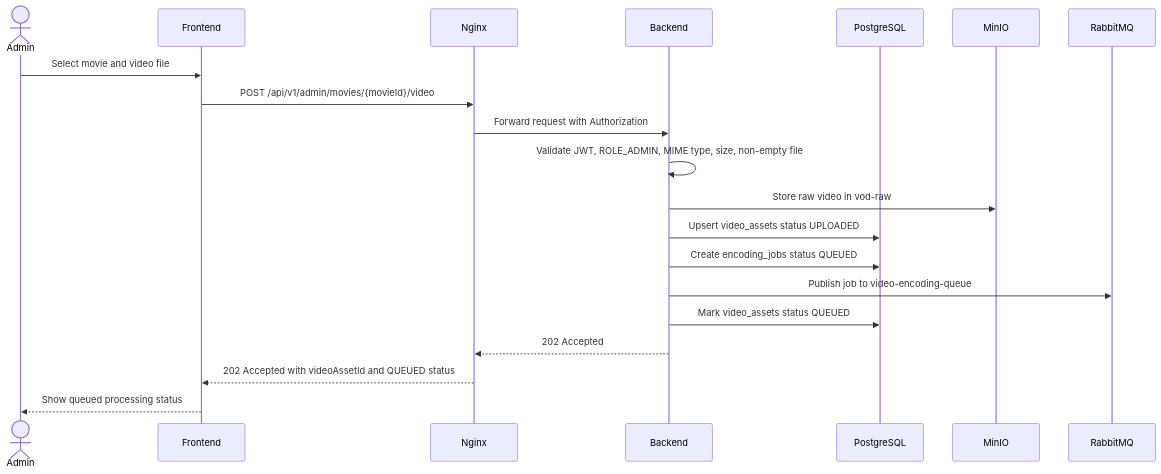
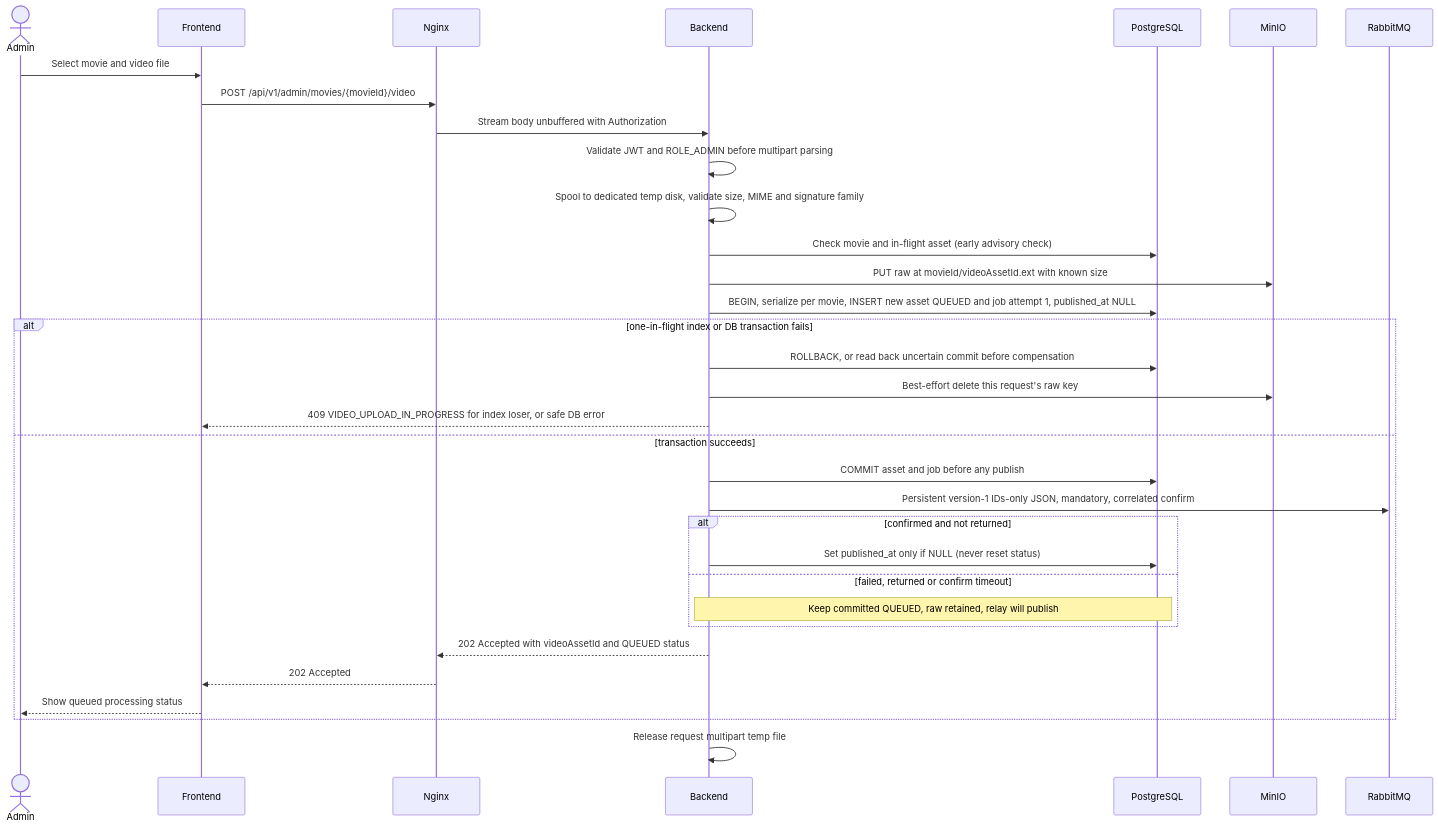
Before and after one commit to Duyphanb/Self-hosted-VoD-Platform: the first of 9 diagrams in docs/architecture/SEQUENCE-DIAGRAMS.md, drawn with Mermaid. The commit also changed other lines of this file and 21 other files, not shown here.

First line of the commit message:
docs(architecture): freeze sprint 4 upload and encoding design

````diff
--- a/docs/architecture/SEQUENCE-DIAGRAMS.md
+++ b/docs/architecture/SEQUENCE-DIAGRAMS.md
@@ -9,23 +9,36 @@
 ```mermaid
 sequenceDiagram
     actor Admin
     participant Frontend
     participant Nginx
     participant Backend
     participant PostgreSQL
     participant MinIO
     participant RabbitMQ
 
     Admin->>Frontend: Select movie and video file
     Frontend->>Nginx: POST /api/v1/admin/movies/{movieId}/video
-    Nginx->>Backend: Forward request with Authorization
-    Backend->>Backend: Validate JWT, ROLE_ADMIN, MIME type, size, non-empty file
-    Backend->>MinIO: Store raw video in vod-raw
-    Backend->>PostgreSQL: Upsert video_assets status UPLOADED
-    Backend->>PostgreSQL: Create encoding_jobs status QUEUED
-    Backend->>RabbitMQ: Publish job to video-encoding-queue
-    Backend->>PostgreSQL: Mark video_assets status QUEUED
-    Backend-->>Nginx: 202 Accepted
-    Nginx-->>Frontend: 202 Accepted with videoAssetId and QUEUED status
-    Frontend-->>Admin: Show queued processing status
+    Nginx->>Backend: Stream body unbuffered with Authorization
+    Backend->>Backend: Validate JWT and ROLE_ADMIN before multipart parsing
+    Backend->>Backend: Spool to dedicated temp disk, validate size, MIME and signature family
+    Backend->>PostgreSQL: Check movie and in-flight asset (early advisory check)
+    Backend->>MinIO: PUT raw at movieId/videoAssetId.ext with known size
+    Backend->>PostgreSQL: BEGIN, serialize per movie, INSERT new asset QUEUED and job attempt 1, published_at NULL
+    alt one-in-flight index or DB transaction fails
+        Backend->>PostgreSQL: ROLLBACK, or read back uncertain commit before compensation
+        Backend->>MinIO: Best-effort delete this request's raw key
+        Backend-->>Frontend: 409 VIDEO_UPLOAD_IN_PROGRESS for index loser, or safe DB error
+    else transaction succeeds
+        Backend->>PostgreSQL: COMMIT asset and job before any publish
+        Backend->>RabbitMQ: Persistent version-1 IDs-only JSON, mandatory, correlated confirm
+        alt confirmed and not returned
+            Backend->>PostgreSQL: Set published_at only if NULL (never reset status)
+        else failed, returned or confirm timeout
+            Note over Backend,PostgreSQL: Keep committed QUEUED, raw retained, relay will publish
+        end
+        Backend-->>Nginx: 202 Accepted with videoAssetId and QUEUED status
+        Nginx-->>Frontend: 202 Accepted
+        Frontend-->>Admin: Show queued processing status
+    end
+    Backend->>Backend: Release request multipart temp file
 ```
````
